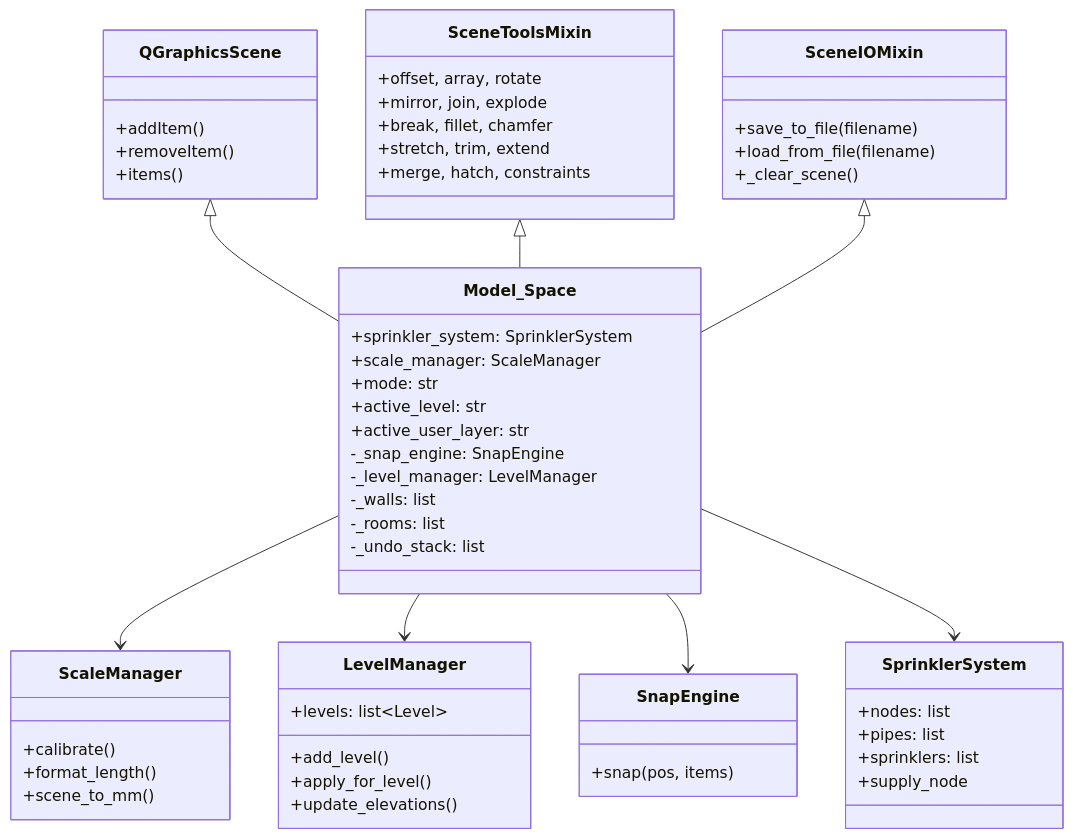
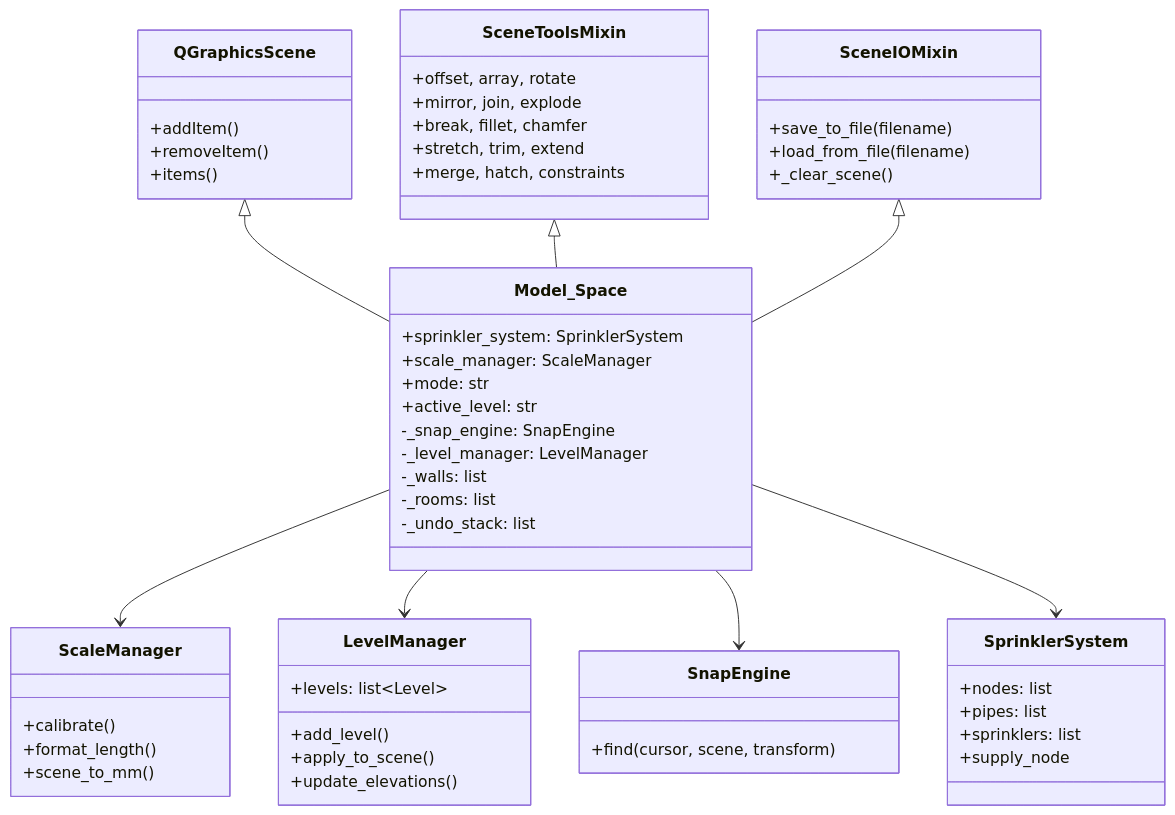
One commit to giannivulcano/FirePro-3D changed the diagram in docs/architecture/overview.md. Above: the diagram before and after it, drawn with Mermaid. The commit also changed other lines of this file and 18 other files, not shown here.

````diff
--- a/docs/architecture/overview.md
+++ b/docs/architecture/overview.md
@@ -95,68 +95,67 @@
 ```mermaid
 classDiagram
     class QGraphicsScene {
         +addItem()
         +removeItem()
         +items()
     }
 
     class SceneToolsMixin {
         +offset, array, rotate
         +mirror, join, explode
         +break, fillet, chamfer
         +stretch, trim, extend
         +merge, hatch, constraints
     }
 
     class SceneIOMixin {
         +save_to_file(filename)
         +load_from_file(filename)
         +_clear_scene()
     }
 
     class Model_Space {
         +sprinkler_system: SprinklerSystem
         +scale_manager: ScaleManager
         +mode: str
         +active_level: str
-        +active_user_layer: str
         -_snap_engine: SnapEngine
         -_level_manager: LevelManager
         -_walls: list
         -_rooms: list
         -_undo_stack: list
     }
 
     class ScaleManager {
         +calibrate()
         +format_length()
         +scene_to_mm()
     }
 
     class LevelManager {
         +levels: list~Level~
         +add_level()
-        +apply_for_level()
+        +apply_to_scene()
         +update_elevations()
     }
 
     class SnapEngine {
-        +snap(pos, items)
+        +find(cursor, scene, transform)
     }
 
     class SprinklerSystem {
         +nodes: list
         +pipes: list
         +sprinklers: list
         +supply_node
     }
 
     QGraphicsScene <|-- Model_Space
     SceneToolsMixin <|-- Model_Space
     SceneIOMixin <|-- Model_Space
 
     Model_Space --> ScaleManager
     Model_Space --> LevelManager
     Model_Space --> SnapEngine
     Model_Space --> SprinklerSystem
 ```
````
